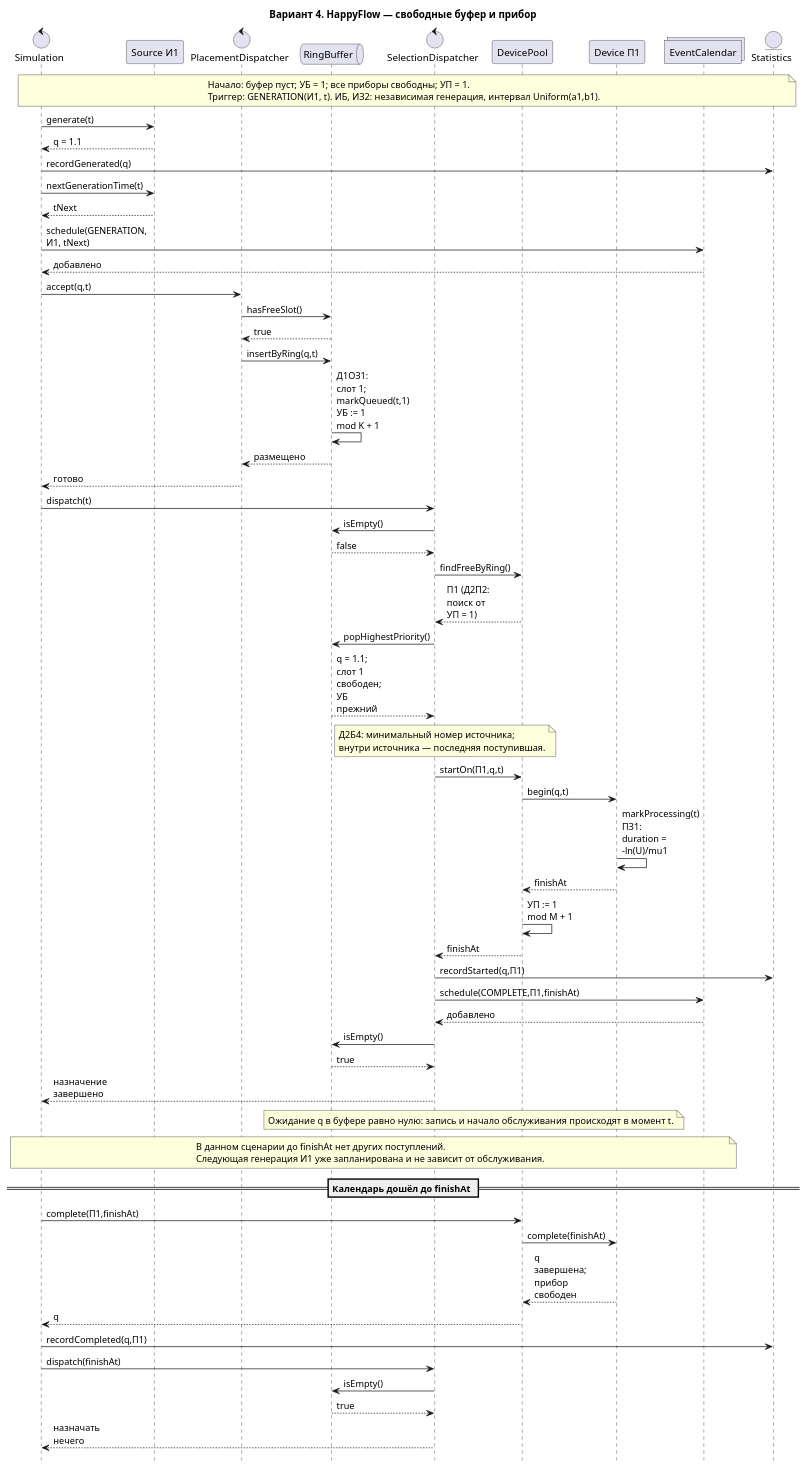
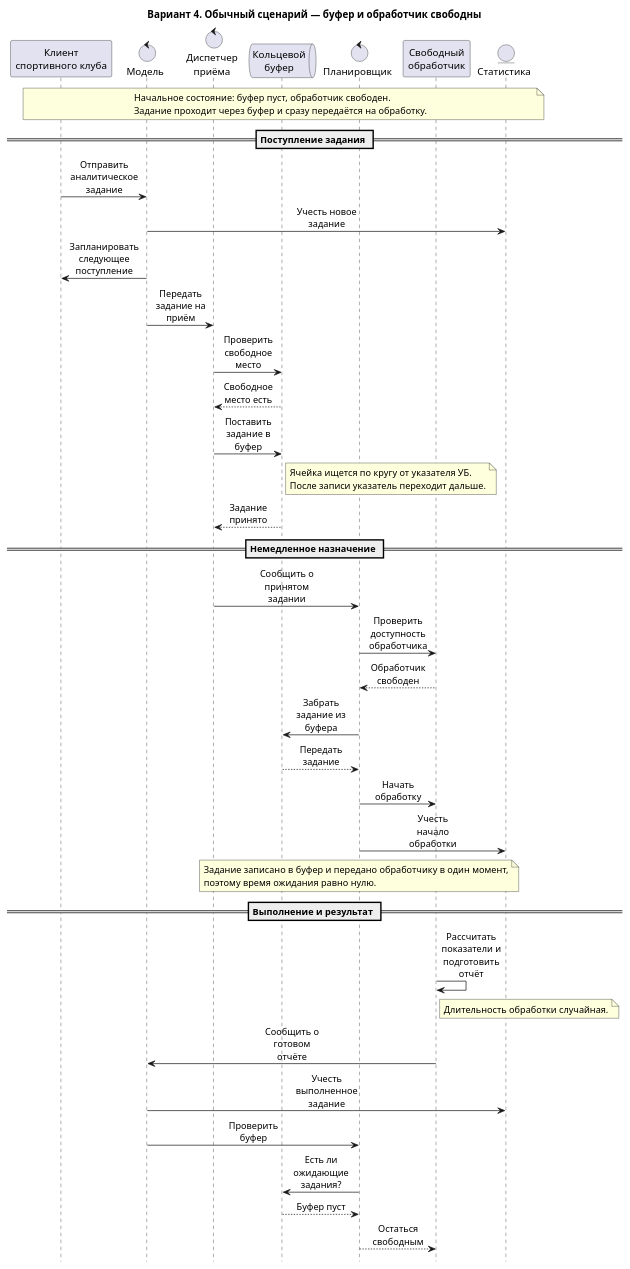
One commit to HorekProgrammer/smo-variant-4 changed the diagram in docs/diagrams/sequence-happy.puml. Above: the diagram before and after it, drawn with PlantUML. The commit also changed 11 other files, not shown here.

Commit message:
Simplify sequence diagrams

```diff
--- a/docs/diagrams/sequence-happy.puml
+++ b/docs/diagrams/sequence-happy.puml
@@ -1,62 +1,61 @@
 @startuml
-title Вариант 4. HappyFlow — свободные буфер и прибор
+title Вариант 4. Обычный сценарий — буфер и обработчик свободны
 hide footbox
 skinparam defaultFontName Arial
-skinparam maxMessageSize 65
-control "Simulation" as Sim
-participant "Source И1" as Src
-control "PlacementDispatcher" as Put
-queue "RingBuffer" as Buf
-control "SelectionDispatcher" as Sel
-participant "DevicePool" as Pool
-participant "Device П1" as Dev
-collections "EventCalendar" as Cal
-entity "Statistics" as Stat
-note over Sim, Stat: Начало: буфер пуст; УБ = 1; все приборы свободны; УП = 1.\nТриггер: GENERATION(И1, t). ИБ, ИЗ2: независимая генерация, интервал Uniform(a1,b1).
-Sim -> Src: generate(t)
-Src --> Sim: q = 1.1
-Sim -> Stat: recordGenerated(q)
-Sim -> Src: nextGenerationTime(t)
-Src --> Sim: tNext
-Sim -> Cal: schedule(GENERATION, И1, tNext)
-Cal --> Sim: добавлено
-Sim -> Put: accept(q,t)
-Put -> Buf: hasFreeSlot()
-Buf --> Put: true
-Put -> Buf: insertByRing(q,t)
-Buf -> Buf: Д1ОЗ1: слот 1; markQueued(t,1)\nУБ := 1 mod K + 1
-Buf --> Put: размещено
-Put --> Sim: готово
-Sim -> Sel: dispatch(t)
-Sel -> Buf: isEmpty()
-Buf --> Sel: false
-Sel -> Pool: findFreeByRing()
-Pool --> Sel: П1 (Д2П2: поиск от УП = 1)
-Sel -> Buf: popHighestPriority()
-Buf --> Sel: q = 1.1; слот 1 свободен; УБ прежний
-note right of Buf: Д2Б4: минимальный номер источника;\nвнутри источника — последняя поступившая.
-Sel -> Pool: startOn(П1,q,t)
-Pool -> Dev: begin(q,t)
-Dev -> Dev: markProcessing(t)\nПЗ1: duration = -ln(U)/mu1
-Dev --> Pool: finishAt
-Pool -> Pool: УП := 1 mod M + 1
-Pool --> Sel: finishAt
-Sel -> Stat: recordStarted(q,П1)
-Sel -> Cal: schedule(COMPLETE,П1,finishAt)
-Cal --> Sel: добавлено
-Sel -> Buf: isEmpty()
-Buf --> Sel: true
-Sel --> Sim: назначение завершено
-note over Buf, Dev: Ожидание q в буфере равно нулю: запись и начало обслуживания происходят в момент t.
-note over Sim, Cal: В данном сценарии до finishAt нет других поступлений.\nСледующая генерация И1 уже запланирована и не зависит от обслуживания.
-== Календарь дошёл до finishAt ==
-Sim -> Pool: complete(П1,finishAt)
-Pool -> Dev: complete(finishAt)
-Dev --> Pool: q завершена; прибор свободен
-Pool --> Sim: q
-Sim -> Stat: recordCompleted(q,П1)
-Sim -> Sel: dispatch(finishAt)
-Sel -> Buf: isEmpty()
-Buf --> Sel: true
-Sel --> Sim: назначать нечего
+skinparam sequenceMessageAlign center
+skinparam maxMessageSize 90
+
+participant "Клиент\nспортивного клуба" as Src
+control "Модель" as Sim
+control "Диспетчер\nприёма" as Put
+queue "Кольцевой\nбуфер" as Buf
+control "Планировщик" as Sel
+participant "Свободный\nобработчик" as Dev
+entity "Статистика" as Stat
+
+note over Src, Stat
+Начальное состояние: буфер пуст, обработчик свободен.
+Задание проходит через буфер и сразу передаётся на обработку.
+end note
+
+== Поступление задания ==
+
+Src -> Sim: Отправить аналитическое задание
+Sim -> Stat: Учесть новое задание
+Sim -> Src: Запланировать следующее поступление
+Sim -> Put: Передать задание на приём
+Put -> Buf: Проверить свободное место
+Buf --> Put: Свободное место есть
+Put -> Buf: Поставить задание в буфер
+note right of Buf
+  Ячейка ищется по кругу от указателя УБ.
+  После записи указатель переходит дальше.
+end note
+Buf --> Put: Задание принято
+
+== Немедленное назначение ==
+
+Put -> Sel: Сообщить о принятом задании
+Sel -> Dev: Проверить доступность обработчика
+Dev --> Sel: Обработчик свободен
+Sel -> Buf: Забрать задание из буфера
+Buf --> Sel: Передать задание
+Sel -> Dev: Начать обработку
+Sel -> Stat: Учесть начало обработки
+
+note over Buf, Dev
+Задание записано в буфер и передано обработчику в один момент,
+поэтому время ожидания равно нулю.
+end note
+
+== Выполнение и результат ==
+
+Dev -> Dev: Рассчитать показатели и подготовить отчёт
+note right of Dev: Длительность обработки случайная.
+Dev -> Sim: Сообщить о готовом отчёте
+Sim -> Stat: Учесть выполненное задание
+Sim -> Sel: Проверить буфер
+Sel -> Buf: Есть ли ожидающие задания?
+Buf --> Sel: Буфер пуст
+Sel --> Dev: Остаться свободным
 @enduml
```
